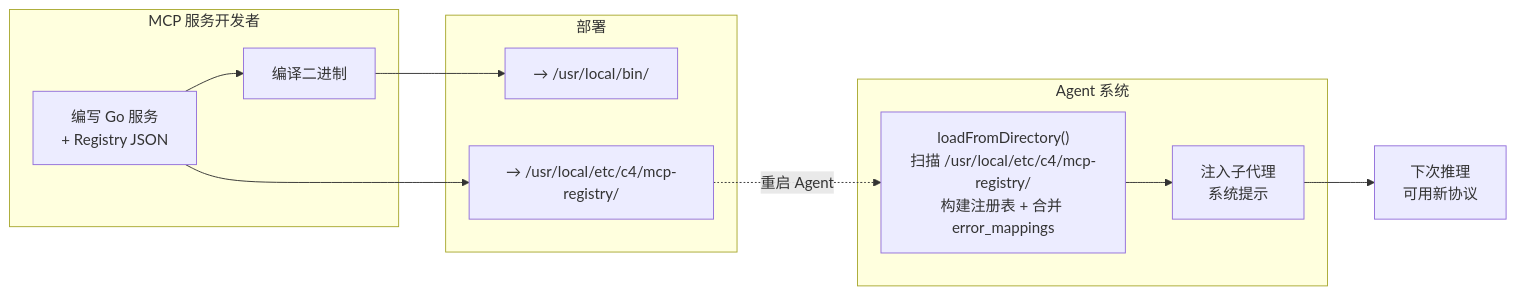
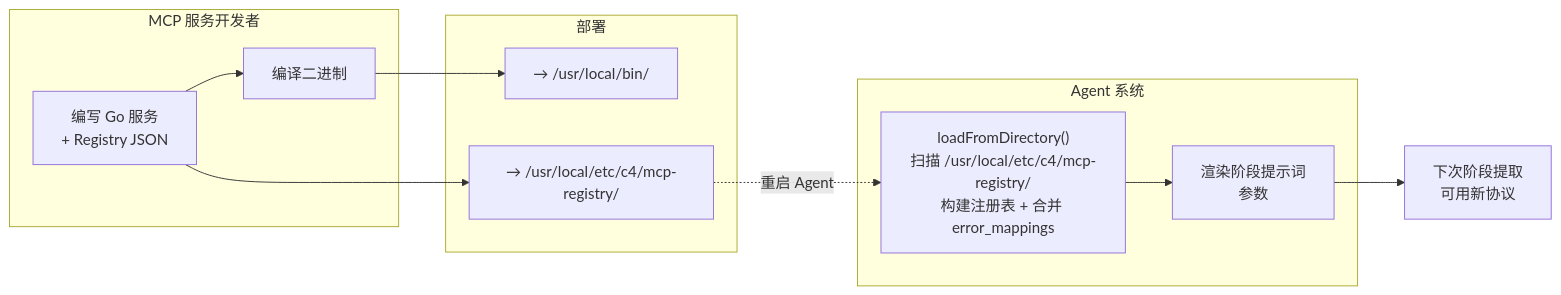
The second of 3 diagrams in docs/design/agent.md (activesys/c4), drawn with Mermaid before and after one commit. The commit also changed other lines of this file and 51 other files, not shown here.

````diff
--- a/docs/design/agent.md
+++ b/docs/design/agent.md
@@ -1669,25 +1602,25 @@
 ```mermaid
 flowchart LR
     subgraph Dev["MCP 服务开发者"]
         Code["编写 Go 服务<br/>+ Registry JSON"]
         Build["编译二进制"]
         Code --> Build
     end
 
     subgraph Deploy["部署"]
         Bin["→ /usr/local/bin/"]
         Json["→ /usr/local/etc/c4/mcp-registry/"]
     end
 
     subgraph Agent["Agent 系统"]
         Scan["loadFromDirectory()<br/>扫描 /usr/local/etc/c4/mcp-registry/<br/>构建注册表 + 合并 error_mappings"]
-        Prompt["注入子代理<br/>系统提示"]
+        Prompt["渲染阶段提示词<br/>参数"]
         Scan --> Prompt
     end
 
     Build --> Bin
     Code --> Json
 
     Json -.->|"重启 Agent"| Scan
-    Prompt --> Work["下次推理<br/>可用新协议"]
+    Prompt --> Work["下次阶段提取<br/>可用新协议"]
 ```
````
